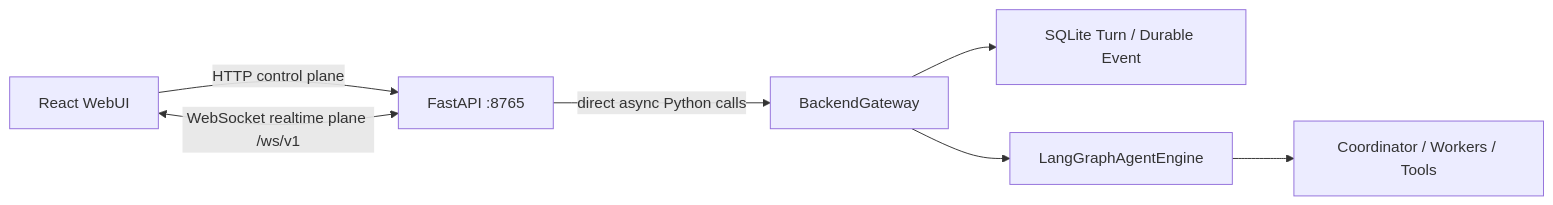
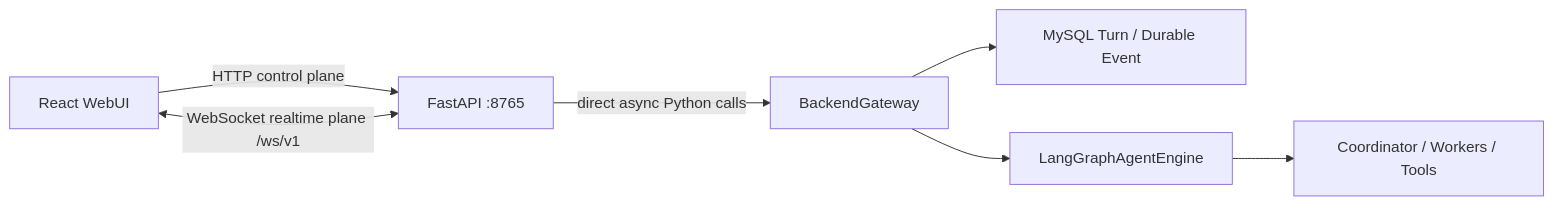
The diagram in docs/web-api.md (liunor/nlp-agent), drawn with Mermaid before and after one commit. The commit also changed other lines of this file and 36 other files, not shown here.

````diff
--- a/docs/web-api.md
+++ b/docs/web-api.md
@@ -9,9 +9,9 @@
 ```mermaid
 flowchart LR
     UI["React WebUI"] -->|"HTTP control plane"| API["FastAPI :8765"]
     UI <-->|"WebSocket realtime plane /ws/v1"| API
     API -->|"direct async Python calls"| GW["BackendGateway"]
-    GW --> STORE["SQLite Turn / Durable Event"]
+    GW --> STORE["MySQL Turn / Durable Event"]
     GW --> ENGINE["LangGraphAgentEngine"]
     ENGINE --> AGENTS["Coordinator / Workers / Tools"]
 ```
````
